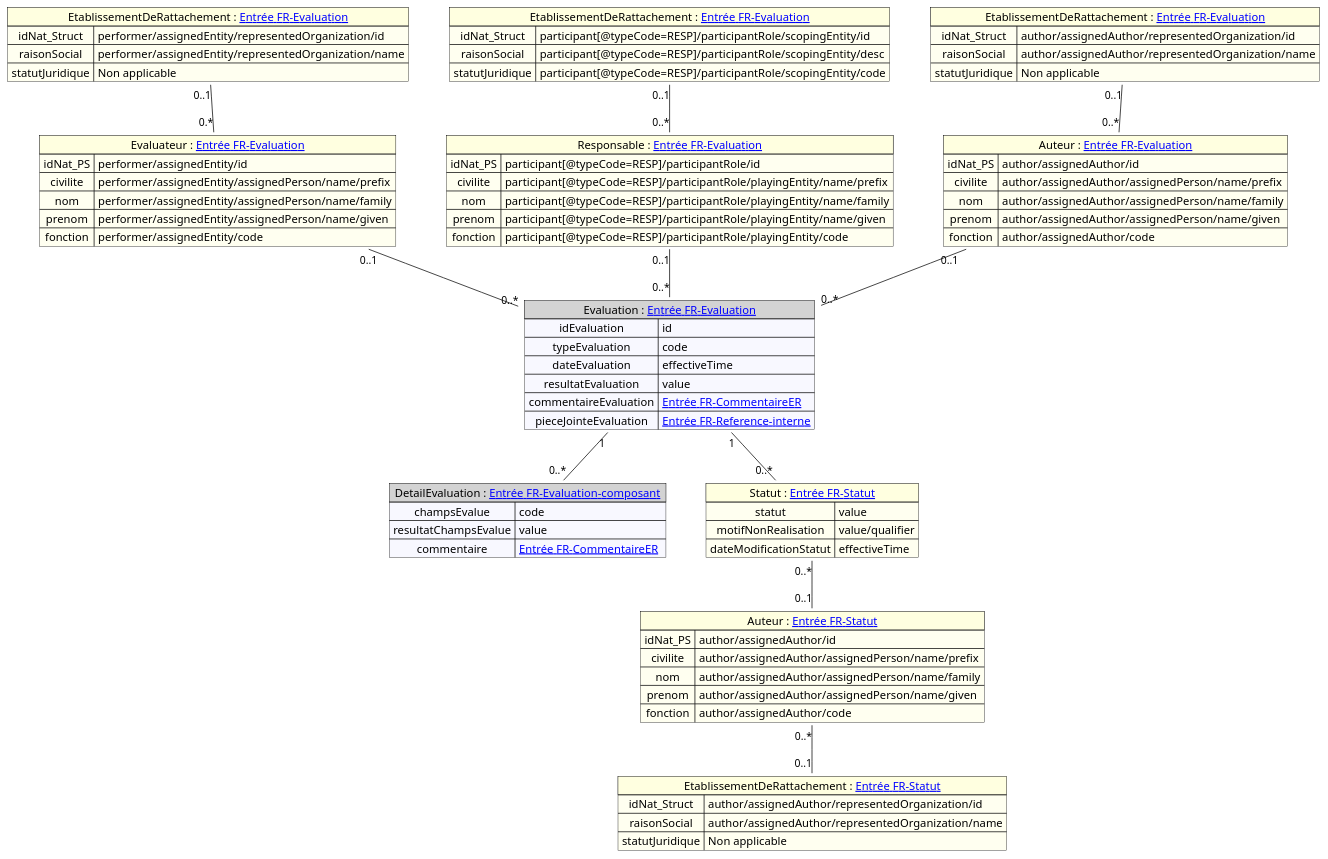
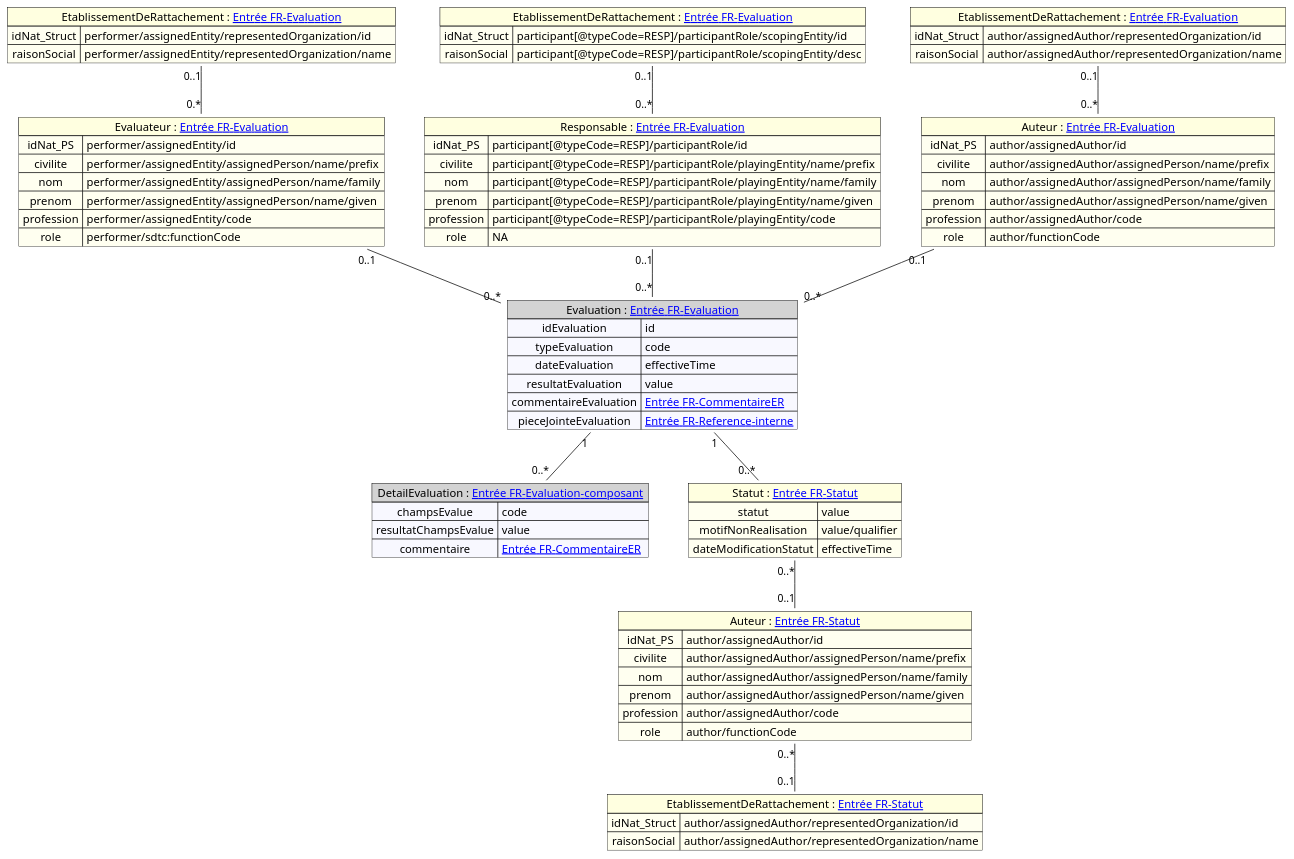
One commit to ansforge/IG-fhir-transfert-donnees-dui-esms changed the diagram in input/images-source/mapping_evaluation.plantuml. Above: the diagram before and after it, drawn with PlantUML. The commit also changed 4 other files, not shown here.

Commit message:
Mapping_SuppressionStatutJuridique_SuppressionAssuranceMaladie_AjoutProfessionRole

```diff
--- a/input/images-source/mapping_evaluation.plantuml
+++ b/input/images-source/mapping_evaluation.plantuml
@@ -1,95 +1,95 @@
 @startuml
 
 
 map "Evaluation : [[contenu_dossier_corps_cda.html#entrée-fr-evaluation Entrée FR-Evaluation]]" as Evaluation #back:GhostWhite;header:LightGray{
     idEvaluation => id
     typeEvaluation => code
     dateEvaluation => effectiveTime
     resultatEvaluation => value
     commentaireEvaluation => [[contenu_dossier_corps_cda.html#entrée-fr-commentaire-er Entrée FR-CommentaireER]]
     pieceJointeEvaluation => [[contenu_dossier_corps_cda.html#entrée-fr-reference-interne Entrée FR-Reference-interne]]
 }
 
 
 map "DetailEvaluation : [[contenu_dossier_corps_cda.html#entrée-fr-evaluation-composant Entrée FR-Evaluation-composant]]" as DetailEvaluation #back:GhostWhite;header:LightGray{
     champsEvalue => code
     resultatChampsEvalue => value
     commentaire => [[contenu_dossier_corps_cda.html#entrée-fr-commentaire-er Entrée FR-CommentaireER]]
 }
 
 map "Evaluateur : [[contenu_dossier_corps_cda.html#entrée-fr-evaluation Entrée FR-Evaluation]]" as Evaluateur#back:Ivory;header:LightYellow {
     idNat_PS => performer/assignedEntity/id
     civilite => performer/assignedEntity/assignedPerson/name/prefix
     nom => performer/assignedEntity/assignedPerson/name/family
     prenom => performer/assignedEntity/assignedPerson/name/given
-    fonction => performer/assignedEntity/code
+    profession => performer/assignedEntity/code
+    role => performer/sdtc:functionCode
 }
 
 map "EtablissementDeRattachement : [[contenu_dossier_corps_cda.html#entrée-fr-evaluation Entrée FR-Evaluation]]" as etablissementDeRattachementEval #back:Ivory;header:LightYellow {
     idNat_Struct => performer/assignedEntity/representedOrganization/id
     raisonSocial => performer/assignedEntity/representedOrganization/name
-    statutJuridique =>  Non applicable
 }
 
 map "Responsable : [[contenu_dossier_corps_cda.html#entrée-fr-evaluation Entrée FR-Evaluation]]" as Responsable#back:Ivory;header:LightYellow {
     idNat_PS => participant[@typeCode=RESP]/participantRole/id
     civilite => participant[@typeCode=RESP]/participantRole/playingEntity/name/prefix
     nom => participant[@typeCode=RESP]/participantRole/playingEntity/name/family
     prenom => participant[@typeCode=RESP]/participantRole/playingEntity/name/given
-    fonction => participant[@typeCode=RESP]/participantRole/playingEntity/code
+    profession => participant[@typeCode=RESP]/participantRole/playingEntity/code
+    role => NA
 }
 
 map "EtablissementDeRattachement : [[contenu_dossier_corps_cda.html#entrée-fr-evaluation Entrée FR-Evaluation]]" as etablissementDeRattachementResp #back:Ivory;header:LightYellow {
     idNat_Struct => participant[@typeCode=RESP]/participantRole/scopingEntity/id
     raisonSocial => participant[@typeCode=RESP]/participantRole/scopingEntity/desc
-    statutJuridique => participant[@typeCode=RESP]/participantRole/scopingEntity/code
 }
 
 map "Auteur : [[contenu_dossier_corps_cda.html#entrée-fr-evaluation Entrée FR-Evaluation]]" as Auteur#back:Ivory;header:LightYellow {
     idNat_PS => author/assignedAuthor/id
     civilite => author/assignedAuthor/assignedPerson/name/prefix
     nom => author/assignedAuthor/assignedPerson/name/family
     prenom => author/assignedAuthor/assignedPerson/name/given
-    fonction => author/assignedAuthor/code
+    profession => author/assignedAuthor/code
+    role => author/functionCode
 }
 
 map "EtablissementDeRattachement : [[contenu_dossier_corps_cda.html#entrée-fr-evaluation Entrée FR-Evaluation]]" as etablissementDeRattachementAuth #back:Ivory;header:LightYellow {
     idNat_Struct => author/assignedAuthor/representedOrganization/id
     raisonSocial => author/assignedAuthor/representedOrganization/name
-    statutJuridique => Non applicable
 }
 
 map "Statut : [[contenu_dossier_corps_cda.html#entrée-fr-statut Entrée FR-Statut]]" as Statut #back:Ivory;header:LightYellow{
     statut => value
     motifNonRealisation => value/qualifier
     dateModificationStatut => effectiveTime
 }
 
 map "Auteur : [[contenu_dossier_corps_cda.html#entrée-fr-statut Entrée FR-Statut]]" as AuteurStatut #back:Ivory;header:LightYellow {
     idNat_PS => author/assignedAuthor/id
     civilite => author/assignedAuthor/assignedPerson/name/prefix
     nom => author/assignedAuthor/assignedPerson/name/family
     prenom => author/assignedAuthor/assignedPerson/name/given
-    fonction => author/assignedAuthor/code
+    profession => author/assignedAuthor/code
+    role => author/functionCode
 }
 
 map "EtablissementDeRattachement : [[contenu_dossier_corps_cda.html#entrée-fr-statut Entrée FR-Statut]]" as etablissementDeRattachementAuthStatut #back:Ivory;header:LightYellow {
     idNat_Struct => author/assignedAuthor/representedOrganization/id
     raisonSocial => author/assignedAuthor/representedOrganization/name
-    statutJuridique => Non applicable
 }
 
 'Liens entre éléments
 Evaluateur "0..1" -- "0..*" Evaluation
 Responsable "0..1" -- "0..*" Evaluation
 Auteur "0..1" -- "0..*" Evaluation
 Evaluation "1" -- "0..*" DetailEvaluation
 Evaluation "1" -- "0..*" Statut
 etablissementDeRattachementResp "0..1" -- "0..*" Responsable
 etablissementDeRattachementEval "0..1" -- "0.*" Evaluateur
 etablissementDeRattachementAuth "0..1" -- "0..*" Auteur
 Statut "0..*" -- "0..1" AuteurStatut
 AuteurStatut "0..*" -- "0..1" etablissementDeRattachementAuthStatut
 
 
 @enduml
```
